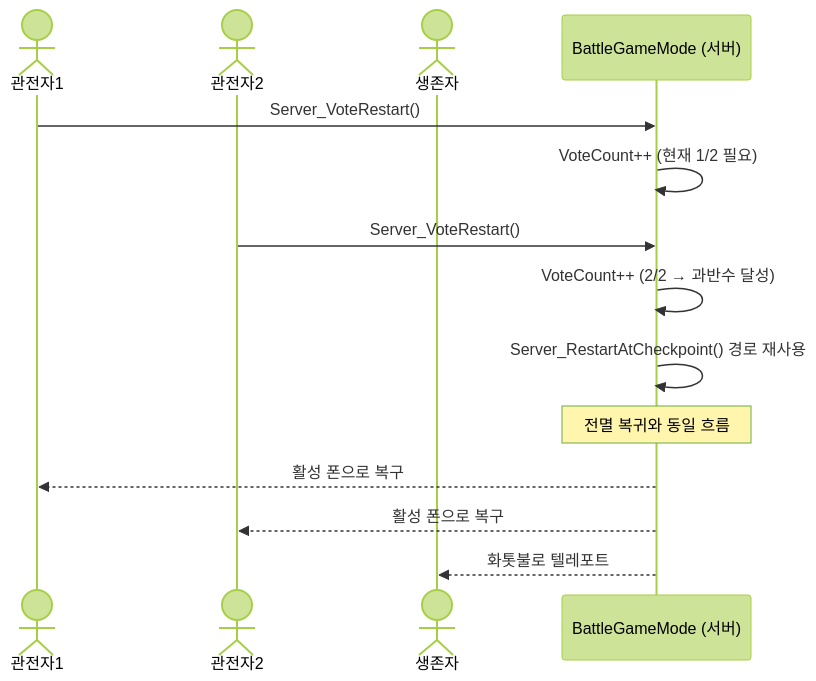
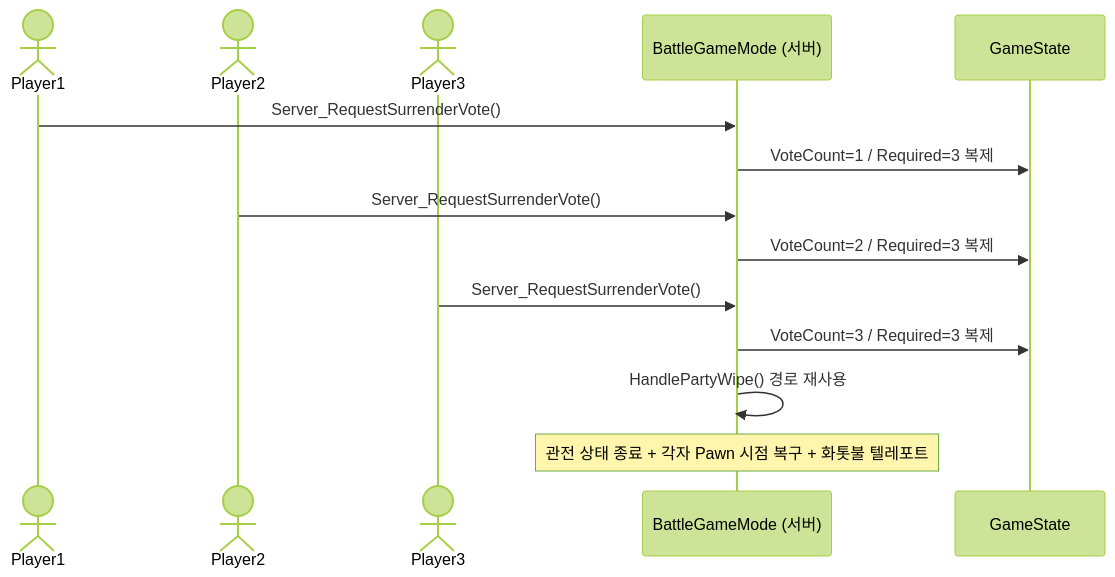
One commit to seongwon1579/ProjectBlackout changed the fifth of 14 diagrams in Docs/Project_Blackout_시퀀스다이어그램.md. Above: the diagram before and after it, drawn with Mermaid (forest theme). The commit also changed other lines of this file and 7 other files, not shown here.

````diff
--- a/Docs/Project_Blackout_시퀀스다이어그램.md
+++ b/Docs/Project_Blackout_시퀀스다이어그램.md
@@ -120,20 +145,19 @@
 ```mermaid
 sequenceDiagram
-    actor Spec1 as 관전자1
-    actor Spec2 as 관전자2
-    actor Alive as 생존자
+    actor P1 as Player1
+    actor P2 as Player2
+    actor P3 as Player3
     participant Server as BattleGameMode (서버)
+    participant GS as GameState
 
-    Spec1->>Server: Server_VoteRestart()
-    Server->>Server: VoteCount++ (현재 1/2 필요)
+    P1->>Server: Server_RequestSurrenderVote()
+    Server->>GS: VoteCount=1 / Required=3 복제
 
-    Spec2->>Server: Server_VoteRestart()
-    Server->>Server: VoteCount++ (2/2 → 과반수 달성)
+    P2->>Server: Server_RequestSurrenderVote()
+    Server->>GS: VoteCount=2 / Required=3 복제
 
-    Server->>Server: Server_RestartAtCheckpoint() 경로 재사용
-    Note over Server: 전멸 복귀와 동일 흐름
-
-    Server-->>Spec1: 활성 폰으로 복구
-    Server-->>Spec2: 활성 폰으로 복구
-    Server-->>Alive: 화톳불로 텔레포트
+    P3->>Server: Server_RequestSurrenderVote()
+    Server->>GS: VoteCount=3 / Required=3 복제
+    Server->>Server: HandlePartyWipe() 경로 재사용
+    Note over Server: 관전 상태 종료 + 각자 Pawn 시점 복구 + 화톳불 텔레포트
 ```
````
